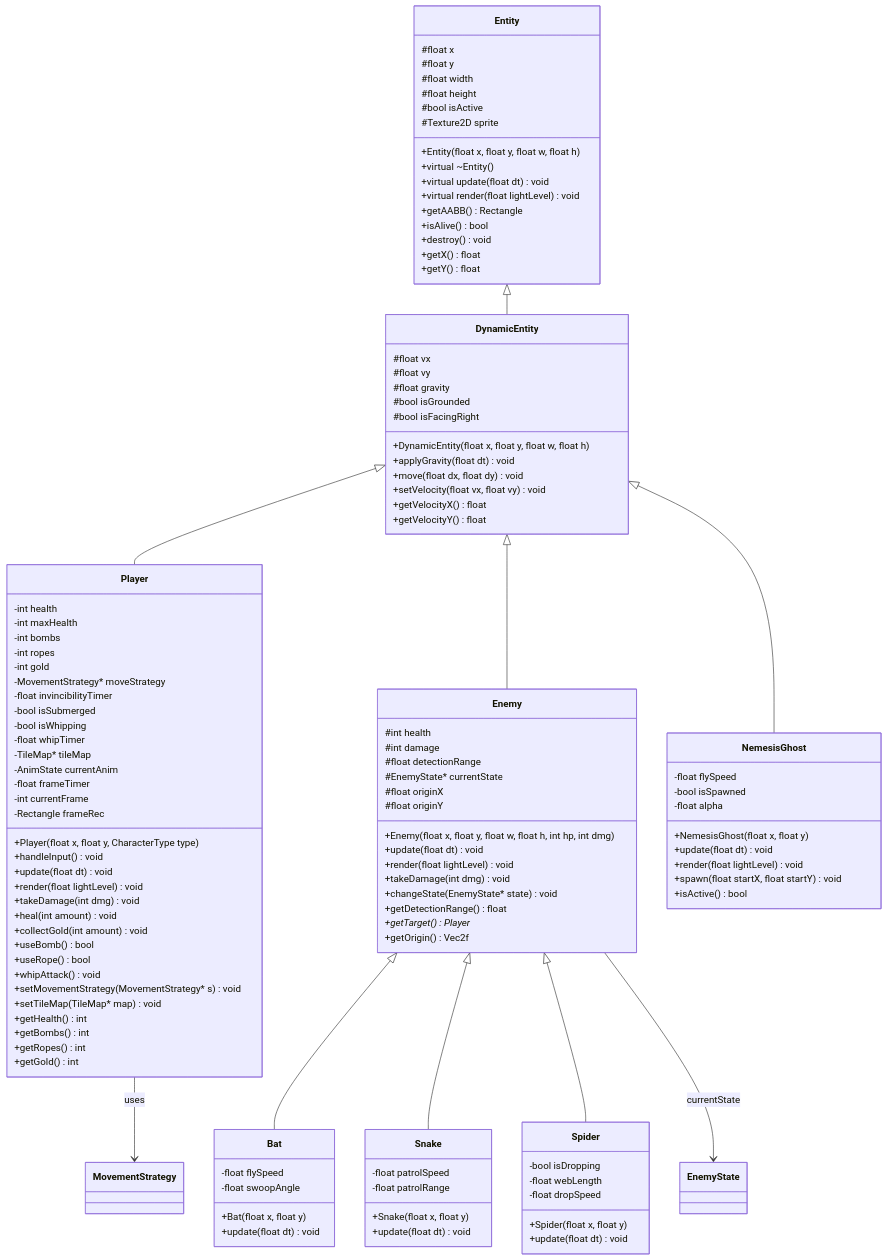
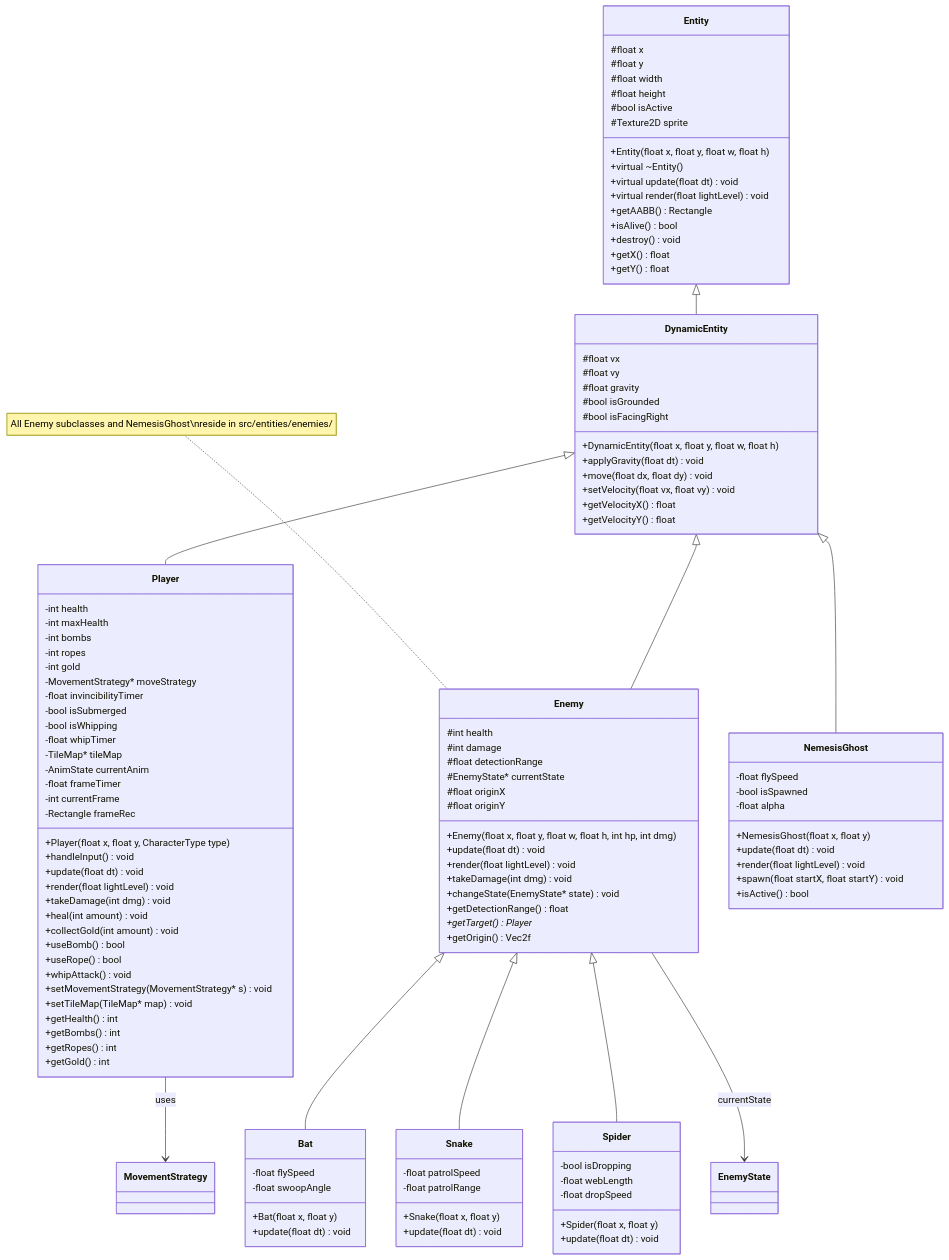
One commit to Gasmask-Chan/CS202-Cavern-Descent changed the second of 8 diagrams in project_plan.md. Above: the diagram before and after it, drawn with Mermaid. The commit also changed other lines of this file and 13 other files, not shown here.

```diff
--- a/project_plan.md
+++ b/project_plan.md
@@ -602,6 +600,8 @@
         +update(float dt) void
     }
 
+    note for Enemy "All Enemy subclasses and NemesisGhost\nreside in src/entities/enemies/"
+
     class Snake {
         -float patrolSpeed
         -float patrolRange
```
